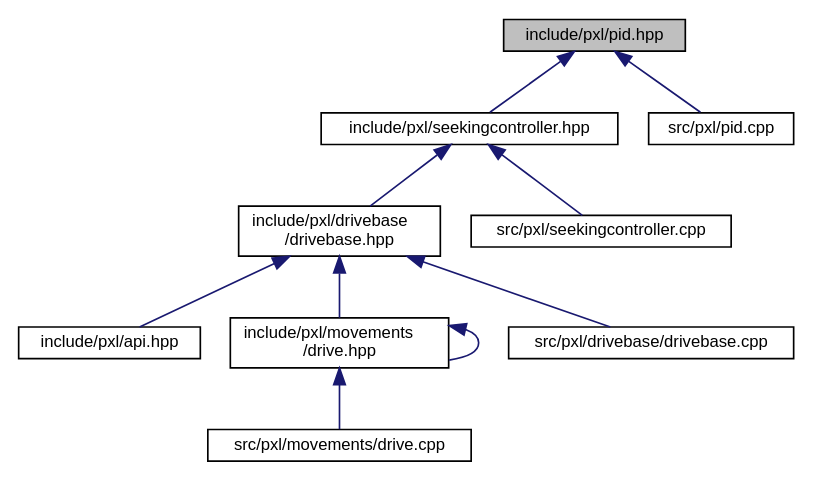
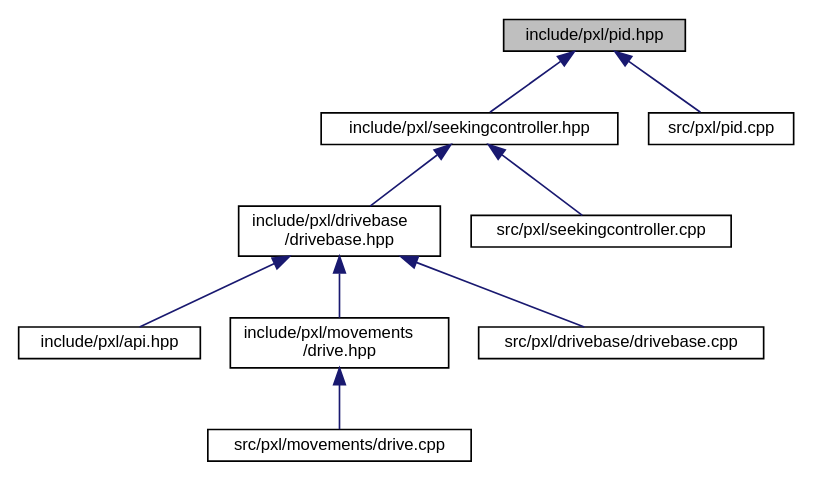
The diagram in pid_8hpp__dep__incl.dot (Pixel-Lib/Pixel), drawn with Graphviz before and after one commit. The commit also changed 17 other files, not shown here.

```diff
--- a/pid_8hpp__dep__incl.dot
+++ b/pid_8hpp__dep__incl.dot
@@ -1,24 +1,23 @@
 digraph "include/pxl/pid.hpp"
 {
  // LATEX_PDF_SIZE
   edge [fontname="Helvetica",fontsize="10",labelfontname="Helvetica",labelfontsize="10"];
   node [fontname="Helvetica",fontsize="10",shape=record];
   Node1 [label="include/pxl/pid.hpp",height=0.2,width=0.4,color="black", fillcolor="grey75", style="filled", fontcolor="black",tooltip=" "];
   Node1 -> Node2 [dir="back",color="midnightblue",fontsize="10",style="solid",fontname="Helvetica"];
   Node2 [label="include/pxl/seekingcontroller.hpp",height=0.2,width=0.4,color="black", fillcolor="white", style="filled",URL="$seekingcontroller_8hpp.html",tooltip=" "];
   Node2 -> Node3 [dir="back",color="midnightblue",fontsize="10",style="solid",fontname="Helvetica"];
   Node3 [label="include/pxl/drivebase\l/drivebase.hpp",height=0.2,width=0.4,color="black", fillcolor="white", style="filled",URL="$drivebase_8hpp.html",tooltip=" "];
   Node3 -> Node4 [dir="back",color="midnightblue",fontsize="10",style="solid",fontname="Helvetica"];
   Node4 [label="include/pxl/api.hpp",height=0.2,width=0.4,color="black", fillcolor="white", style="filled",URL="$api_8hpp.html",tooltip=" "];
   Node3 -> Node5 [dir="back",color="midnightblue",fontsize="10",style="solid",fontname="Helvetica"];
   Node5 [label="include/pxl/movements\l/drive.hpp",height=0.2,width=0.4,color="black", fillcolor="white", style="filled",URL="$drive_8hpp.html",tooltip=" "];
-  Node5 -> Node5 [dir="back",color="midnightblue",fontsize="10",style="solid",fontname="Helvetica"];
   Node5 -> Node6 [dir="back",color="midnightblue",fontsize="10",style="solid",fontname="Helvetica"];
   Node6 [label="src/pxl/movements/drive.cpp",height=0.2,width=0.4,color="black", fillcolor="white", style="filled",URL="$drive_8cpp.html",tooltip=" "];
   Node3 -> Node7 [dir="back",color="midnightblue",fontsize="10",style="solid",fontname="Helvetica"];
   Node7 [label="src/pxl/drivebase/drivebase.cpp",height=0.2,width=0.4,color="black", fillcolor="white", style="filled",URL="$drivebase_8cpp.html",tooltip=" "];
   Node2 -> Node8 [dir="back",color="midnightblue",fontsize="10",style="solid",fontname="Helvetica"];
   Node8 [label="src/pxl/seekingcontroller.cpp",height=0.2,width=0.4,color="black", fillcolor="white", style="filled",URL="$seekingcontroller_8cpp.html",tooltip=" "];
   Node1 -> Node9 [dir="back",color="midnightblue",fontsize="10",style="solid",fontname="Helvetica"];
   Node9 [label="src/pxl/pid.cpp",height=0.2,width=0.4,color="black", fillcolor="white", style="filled",URL="$pid_8cpp.html",tooltip=" "];
 }
```
